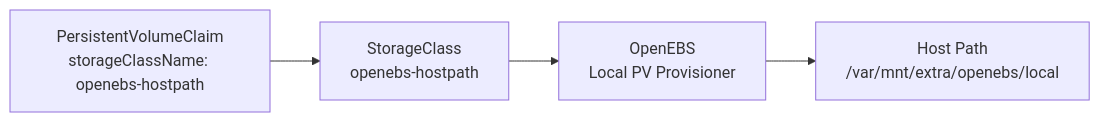
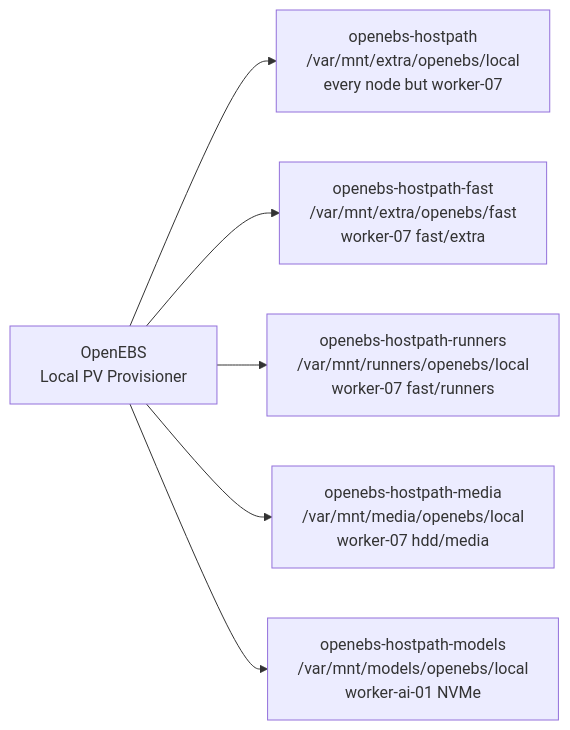
The diagram in docs/storage/openebs.md (swibrow/home-ops), drawn with Mermaid before and after one commit. The commit also changed other lines of this file and 105 other files, not shown here.

````diff
--- a/docs/storage/openebs.md
+++ b/docs/storage/openebs.md
@@ -11,6 +11,9 @@
 ```mermaid
 flowchart LR
-    PVC[PersistentVolumeClaim\nstorageClassName: openebs-hostpath] --> SC[StorageClass\nopenebs-hostpath]
-    SC --> PROV[OpenEBS\nLocal PV Provisioner]
-    PROV --> HP[Host Path\n/var/mnt/extra/openebs/local]
+    PROV[OpenEBS\nLocal PV Provisioner]
+    PROV --> HP[openebs-hostpath\n/var/mnt/extra/openebs/local\nevery node but worker-07]
+    PROV --> FAST[openebs-hostpath-fast\n/var/mnt/extra/openebs/fast\nworker-07 fast/extra]
+    PROV --> RUN[openebs-hostpath-runners\n/var/mnt/runners/openebs/local\nworker-07 fast/runners]
+    PROV --> MEDIA[openebs-hostpath-media\n/var/mnt/media/openebs/local\nworker-07 hdd/media]
+    PROV --> MODELS[openebs-hostpath-models\n/var/mnt/models/openebs/local\nworker-ai-01 NVMe]
 ```
````
